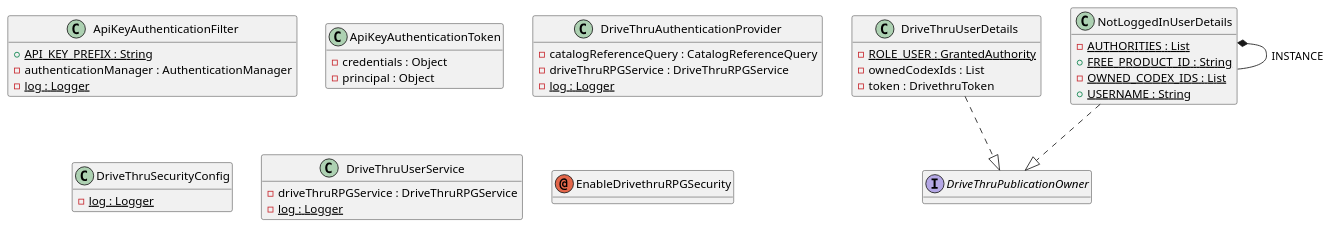
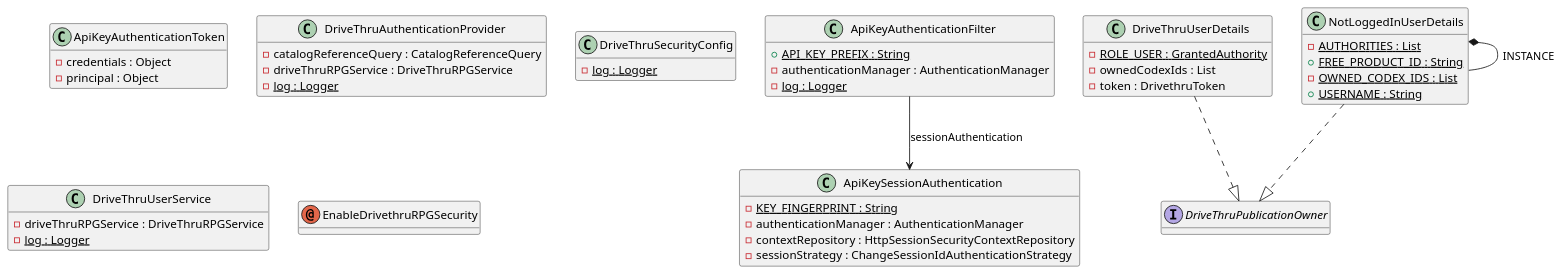
One commit to Paladins-Inn/torg-codex changed the diagram in docs/modules/arc42/images/uml/classes/torg-codex-application-security.puml. Above: the diagram before and after it, drawn with PlantUML. The commit also changed 48 other files, not shown here.

```diff
--- a/docs/modules/arc42/images/uml/classes/torg-codex-application-security.puml
+++ b/docs/modules/arc42/images/uml/classes/torg-codex-application-security.puml
@@ -1,94 +1,108 @@
 @startuml
 
 class ApiKeyAuthenticationFilter {
 	{field} {static} +API_KEY_PREFIX : String
 	{field} -authenticationManager : AuthenticationManager
 	{field} {static} -log : Logger
+	{method} -clearAuthentication ( request : HttpServletRequest , response : HttpServletResponse ) : void
 	{method} #doFilterInternal ( request : HttpServletRequest , response : HttpServletResponse , filterChain : FilterChain ) : void
 }
 
 
 class ApiKeyAuthenticationToken {
 	{field} -credentials : Object
 	{field} -principal : Object
 	{method}  {static} +authenticated ( userDetails : DriveThruUserDetails ) : ApiKeyAuthenticationToken
 	{method} +eraseCredentials () : void
 	{method}  {static} +unauthenticated ( apiKey : String ) : ApiKeyAuthenticationToken
+}
+
+
+class ApiKeySessionAuthentication {
+	{field} {static} -KEY_FINGERPRINT : String
+	{field} -authenticationManager : AuthenticationManager
+	{field} -contextRepository : HttpSessionSecurityContextRepository
+	{field} -sessionStrategy : ChangeSessionIdAuthenticationStrategy
+	{method} +authenticate ( apiKey : String , request : HttpServletRequest , response : HttpServletResponse ) : Authentication
+	{method} +clear ( request : HttpServletRequest , response : HttpServletResponse ) : void
+	{method}  {static} -fingerprint ( apiKey : String ) : byte[]
+	{method} -restore ( authentication : Authentication ) : SecurityContext
 }
 
 
 class DriveThruAuthenticationProvider {
 	{field} -catalogReferenceQuery : CatalogReferenceQuery
 	{field} -driveThruRPGService : DriveThruRPGService
 	{field} {static} -log : Logger
 	{method} +authenticate ( authentication : Authentication ) : Authentication
 	{method} -resolveOwnedCodexIds ( token : DrivethruToken ) : List
 	{method} +supports ( authClass : Class ) : boolean
 }
 
 
 interface DriveThruPublicationOwner {
 	{method}  {abstract} +ownedCodexIds () : List
 }
 
 
 class DriveThruSecurityConfig {
 	{field} {static} -log : Logger
 	{method} +authenticationManager ( provider : DriveThruAuthenticationProvider ) : AuthenticationManager
 	{method} +driveThruSecurityFilterChain ( http : HttpSecurity , authenticationManager : AuthenticationManager ) : SecurityFilterChain
 }
 
 
 class DriveThruUserDetails {
 	{field} {static} -ROLE_USER : GrantedAuthority
 	{field} -ownedCodexIds : List
 	{field} -token : DrivethruToken
 	{method} +equals ( o : Object ) : boolean
 	{method} +getAuthorities () : Collection
 	{method} +getBearerToken () : String
 	{method} +getCustomerId () : String
 	{method} +getPassword () : String
 	{method} +getUsername () : String
 	{method} +hashCode () : int
 	{method} +isAccountNonExpired () : boolean
 	{method} +isAccountNonLocked () : boolean
 	{method} +isCredentialsNonExpired () : boolean
 	{method} +isEnabled () : boolean
 	{method} +ownedCodexIds () : List
 	{method} +toString () : String
 	{method} +token () : DrivethruToken
 }
 
 
 class DriveThruUserService {
 	{field} -driveThruRPGService : DriveThruRPGService
 	{field} {static} -log : Logger
 	{method} +getCurrentUser () : Optional
 	{method} +getOwnedProductIds () : List
 	{method} +getOwnedProducts ( page : int , pageSize : int , archived : int ) : List
 	{method} +requireCurrentUser () : DriveThruUserDetails
 }
 
 
 annotation EnableDrivethruRPGSecurity
 
 class NotLoggedInUserDetails {
 	{field} {static} -AUTHORITIES : List
 	{field} {static} +FREE_PRODUCT_ID : String
 	{field} {static} -OWNED_CODEX_IDS : List
 	{field} {static} +USERNAME : String
 	{method} +getPassword () : String
 	{method} +ownedCodexIds () : List
 	{method} +toString () : String
 }
 
 
 
 
+ApiKeyAuthenticationFilter -->  ApiKeySessionAuthentication : sessionAuthentication
 DriveThruUserDetails ..|>  DriveThruPublicationOwner
 NotLoggedInUserDetails *--  NotLoggedInUserDetails : INSTANCE
 NotLoggedInUserDetails ..|>  DriveThruPublicationOwner
 
 hide methods
 
 @enduml
```
